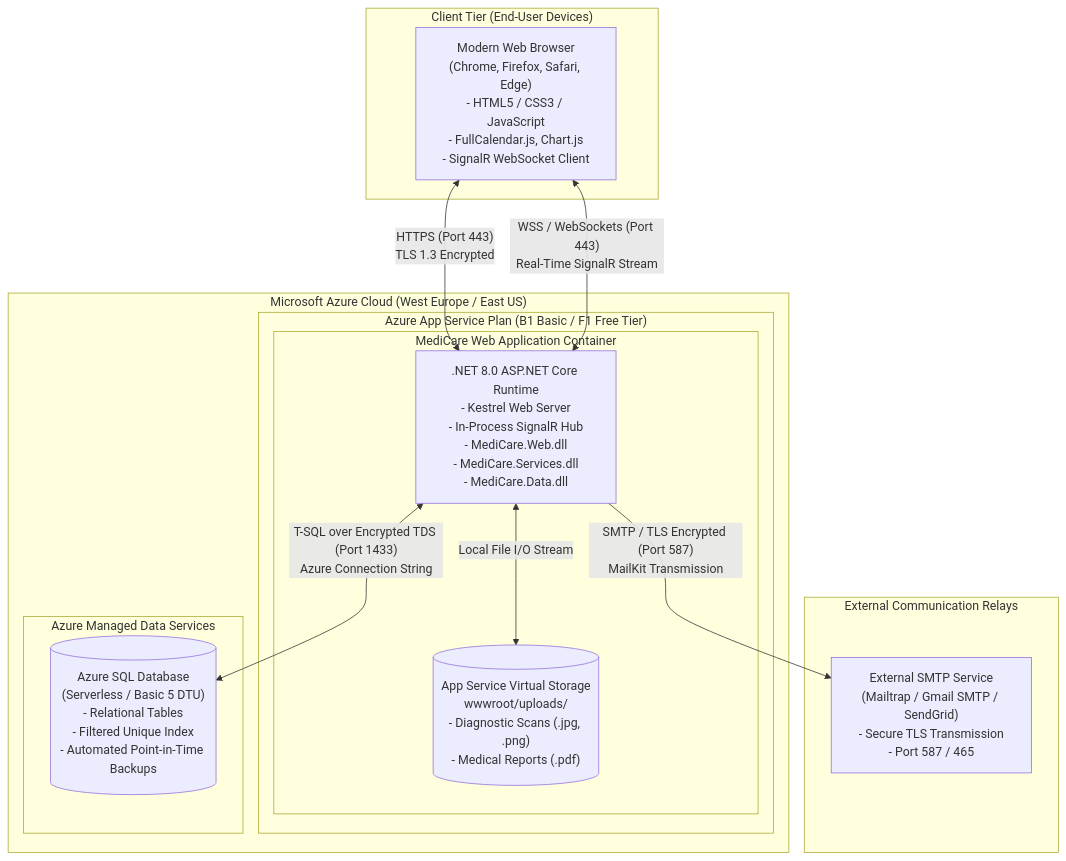
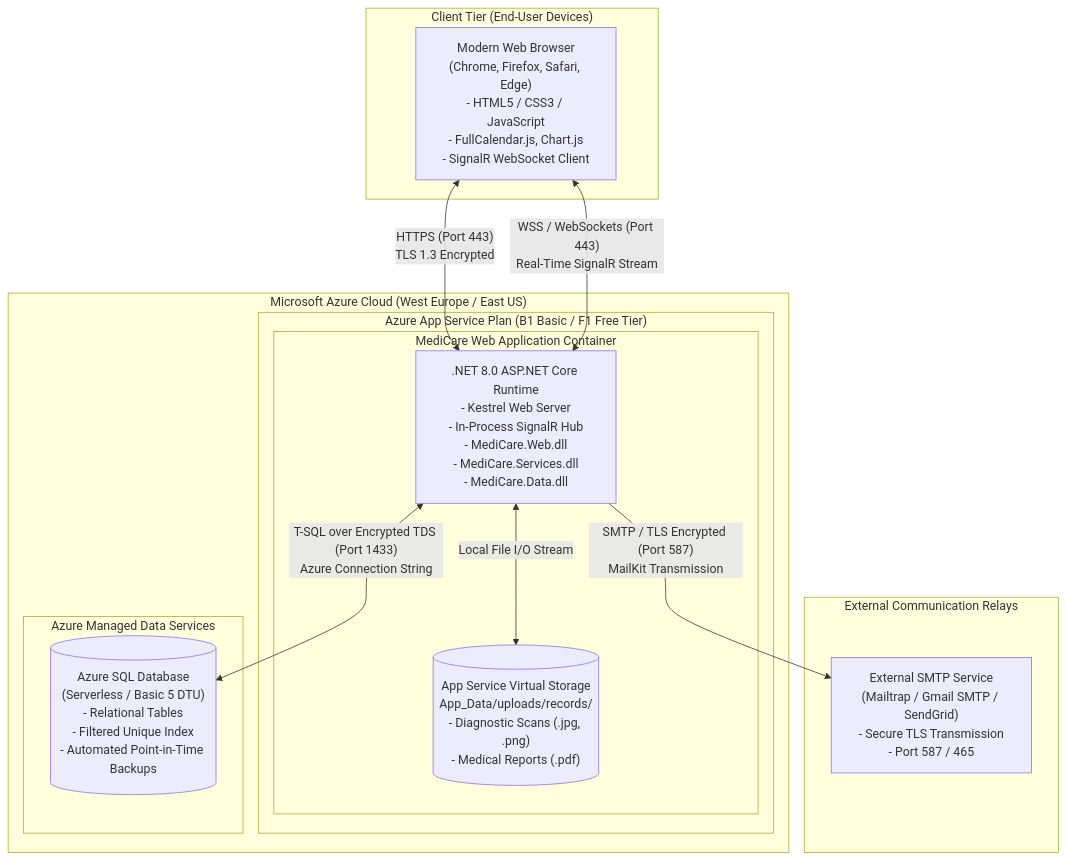
The second of 2 diagrams in docs/04-design/deployment/deployment-and-component-diagrams.md (foxelhadad812-design/MediCare), drawn with Mermaid before and after one commit. The commit also changed other lines of this file and 61 other files, not shown here.

````diff
--- a/docs/04-design/deployment/deployment-and-component-diagrams.md
+++ b/docs/04-design/deployment/deployment-and-component-diagrams.md
@@ -98,30 +98,30 @@
 ```mermaid
 flowchart TD
     subgraph ClientTier["Client Tier (End-User Devices)"]
         nodeBrowser["Modern Web Browser<br/>(Chrome, Firefox, Safari, Edge)<br/>- HTML5 / CSS3 / JavaScript<br/>- FullCalendar.js, Chart.js<br/>- SignalR WebSocket Client"]
     end
 
     subgraph AzureCloud["Microsoft Azure Cloud (West Europe / East US)"]
         subgraph AppServicePlan["Azure App Service Plan (B1 Basic / F1 Free Tier)"]
             subgraph WebApp["MediCare Web Application Container"]
                 AppRuntime[".NET 8.0 ASP.NET Core Runtime<br/>- Kestrel Web Server<br/>- In-Process SignalR Hub<br/>- MediCare.Web.dll<br/>- MediCare.Services.dll<br/>- MediCare.Data.dll"]
-                LocalDisk[("App Service Virtual Storage<br/>wwwroot/uploads/<br/>- Diagnostic Scans (.jpg, .png)<br/>- Medical Reports (.pdf)")]
+                LocalDisk[("App Service Virtual Storage<br/>App_Data/uploads/records/<br/>- Diagnostic Scans (.jpg, .png)<br/>- Medical Reports (.pdf)")]
             end
         end
 
         subgraph AzureDataTier["Azure Managed Data Services"]
             AzureSQL[("Azure SQL Database<br/>(Serverless / Basic 5 DTU)<br/>- Relational Tables<br/>- Filtered Unique Index<br/>- Automated Point-in-Time Backups")]
         end
     end
 
     subgraph ExternalServices["External Communication Relays"]
         SMTPServer["External SMTP Service<br/>(Mailtrap / Gmail SMTP / SendGrid)<br/>- Secure TLS Transmission<br/>- Port 587 / 465"]
     end
 
     %% Network Connections
     nodeBrowser <-->|"HTTPS (Port 443)<br/>TLS 1.3 Encrypted"| AppRuntime
     nodeBrowser <-->|"WSS / WebSockets (Port 443)<br/>Real-Time SignalR Stream"| AppRuntime
     AppRuntime <-->|"Local File I/O Stream"| LocalDisk
     AppRuntime <-->|"T-SQL over Encrypted TDS (Port 1433)<br/>Azure Connection String"| AzureSQL
     AppRuntime -->|"SMTP / TLS Encrypted (Port 587)<br/>MailKit Transmission"| SMTPServer
 ```
````
